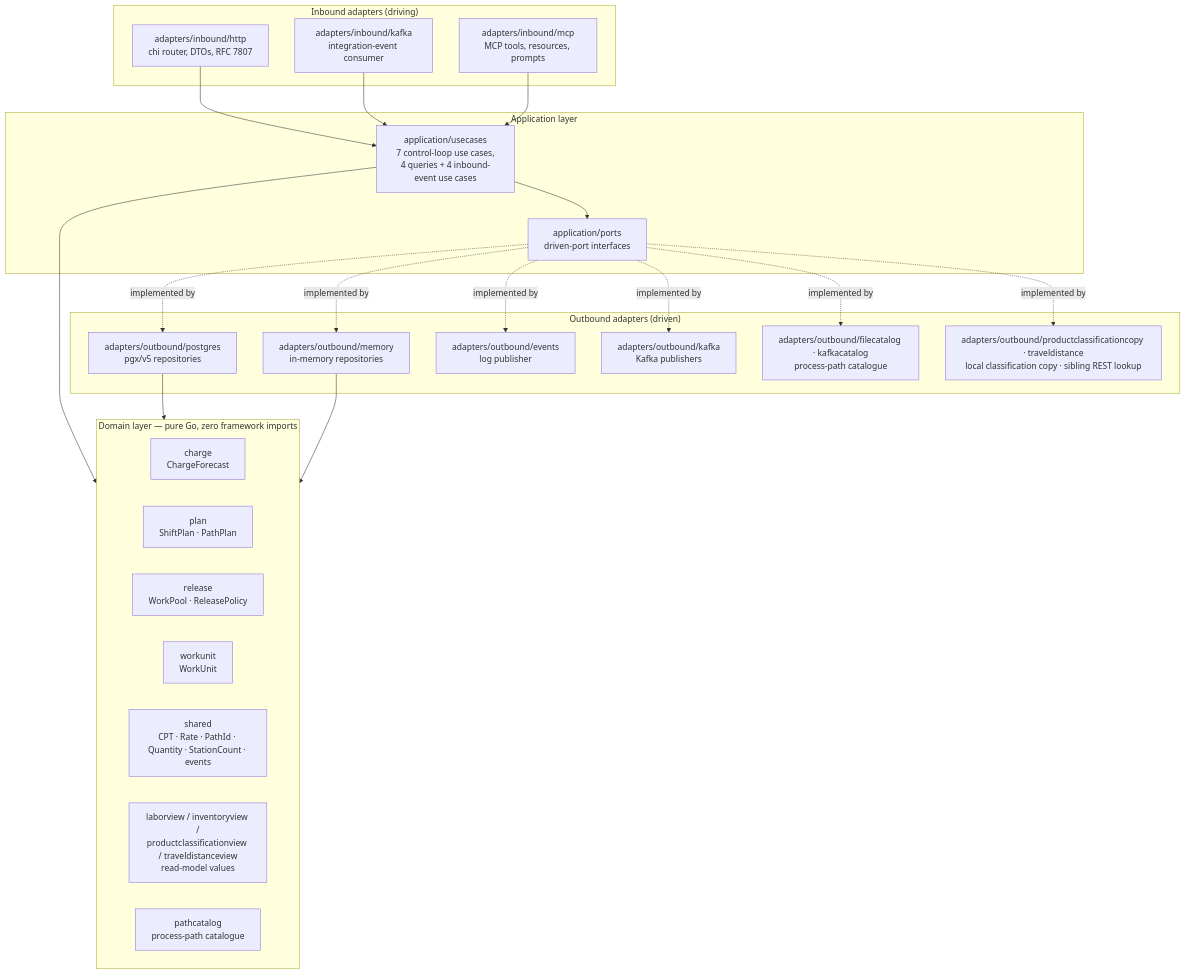
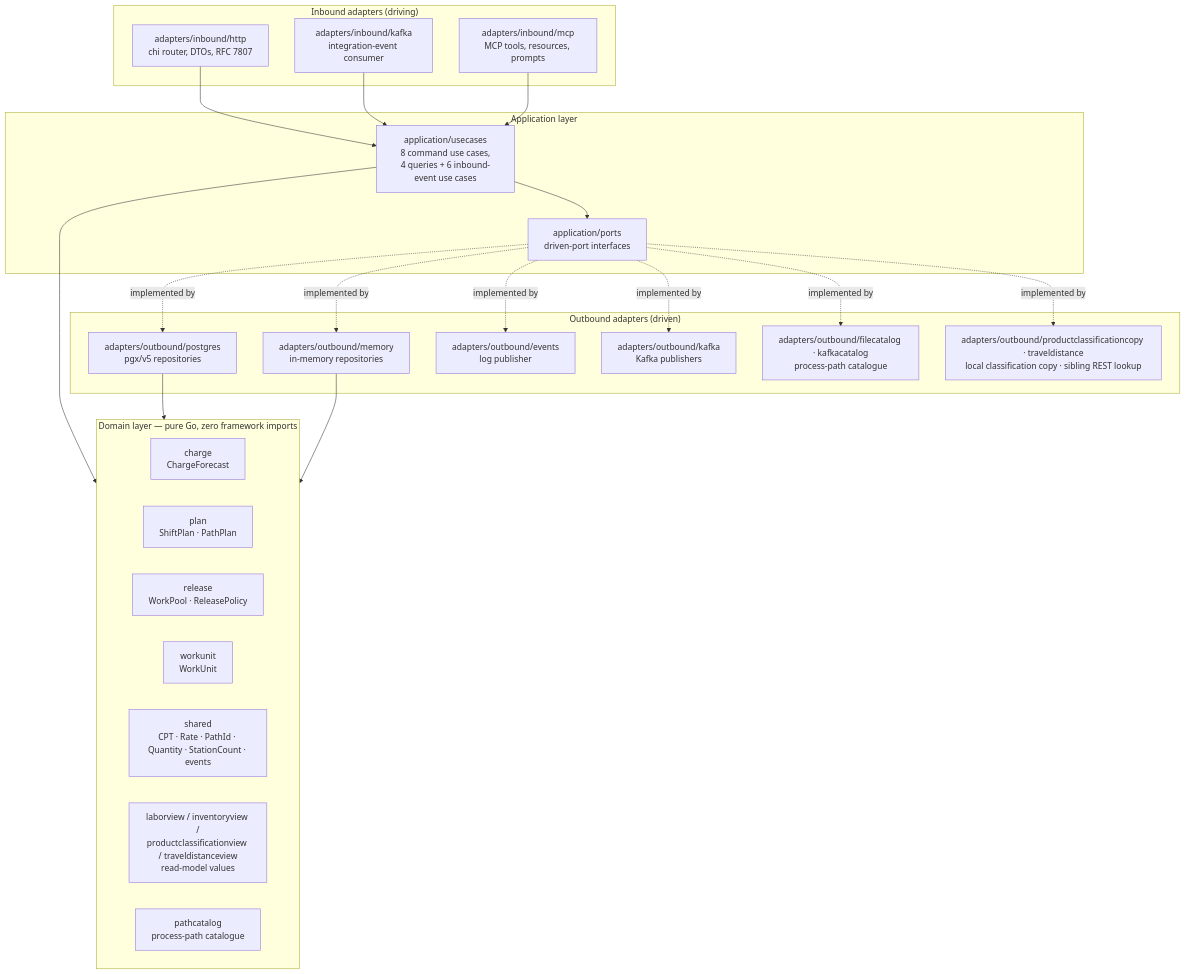
The first of 2 diagrams in docs/docs/overview/hexagonal-layering.md (IQVO/wes-work-planning), drawn with Mermaid before and after one commit. The commit also changed other lines of this file, not shown here.

First line of the commit message:
docs(overview): add runtime view to the architecture page

````diff
--- a/docs/docs/overview/hexagonal-layering.md
+++ b/docs/docs/overview/hexagonal-layering.md
@@ -18,46 +18,46 @@
 ```mermaid
 flowchart TB
     subgraph inbound["Inbound adapters (driving)"]
         HTTP["adapters/inbound/http<br/>chi router, DTOs, RFC 7807"]
         KIN["adapters/inbound/kafka<br/>integration-event consumer"]
         MCPIN["adapters/inbound/mcp<br/>MCP tools, resources, prompts"]
     end
 
     subgraph app["Application layer"]
-        UC["application/usecases<br/>7 control-loop use cases,<br/>4 queries + 4 inbound-event use cases"]
+        UC["application/usecases<br/>8 command use cases,<br/>4 queries + 6 inbound-event use cases"]
         PORTS["application/ports<br/>driven-port interfaces"]
     end
 
     subgraph domain["Domain layer — pure Go, zero framework imports"]
         CH["charge<br/>ChargeForecast"]
         PL["plan<br/>ShiftPlan · PathPlan"]
         RE["release<br/>WorkPool · ReleasePolicy"]
         WU["workunit<br/>WorkUnit"]
         SH["shared<br/>CPT · Rate · PathId · Quantity · StationCount · events"]
         LV["laborview / inventoryview /<br/>productclassificationview / traveldistanceview<br/>read-model values"]
         PC["pathcatalog<br/>process-path catalogue"]
     end
 
     subgraph outbound["Outbound adapters (driven)"]
         PG["adapters/outbound/postgres<br/>pgx/v5 repositories"]
         MEM["adapters/outbound/memory<br/>in-memory repositories"]
         EV["adapters/outbound/events<br/>log publisher"]
         KOUT["adapters/outbound/kafka<br/>Kafka publishers"]
         CAT["adapters/outbound/filecatalog · kafkacatalog<br/>process-path catalogue"]
         LOOK["adapters/outbound/productclassificationcopy · traveldistance<br/>local classification copy · sibling REST lookup"]
     end
 
     HTTP --> UC
     KIN --> UC
     MCPIN --> UC
     UC --> PORTS
     UC --> domain
     PORTS -.implemented by.-> PG
     PORTS -.implemented by.-> MEM
     PORTS -.implemented by.-> EV
     PORTS -.implemented by.-> KOUT
     PORTS -.implemented by.-> CAT
     PORTS -.implemented by.-> LOOK
     PG --> domain
     MEM --> domain
 ```
````
